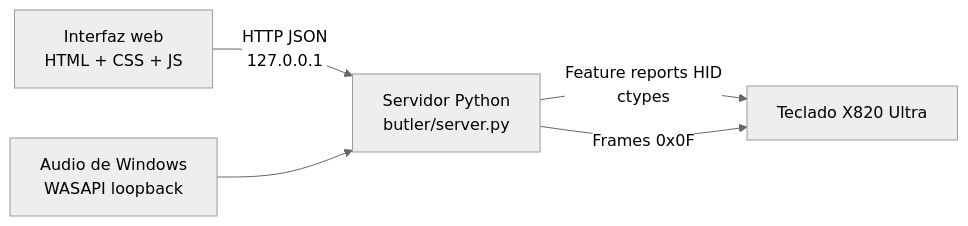
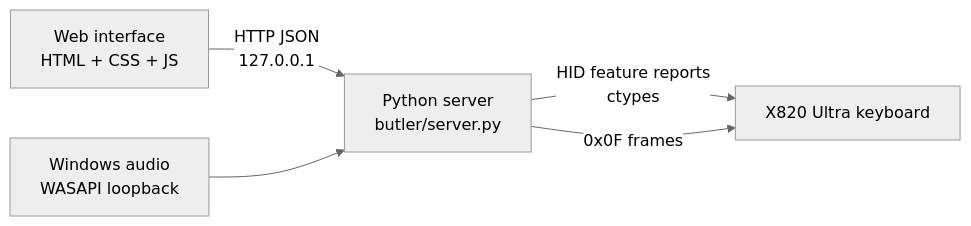
One commit to kaiizu/openkey changed the diagram in README.md. Above: the diagram before and after it, drawn with Mermaid (neutral theme). The commit also changed other lines of this file and 31 other files, not shown here.

````diff
--- a/README.md
+++ b/README.md
@@ -79,7 +83,7 @@
 ```mermaid
 flowchart LR
-    UI["Interfaz web<br/>HTML + CSS + JS"] -->|HTTP JSON<br/>127.0.0.1| Server["Servidor Python<br/>butler/server.py"]
-    Server -->|Feature reports HID<br/>ctypes| KB["Teclado X820 Ultra"]
-    Audio["Audio de Windows<br/>WASAPI loopback"] --> Server
-    Server -->|Frames 0x0F| KB
+    UI["Web interface<br/>HTML + CSS + JS"] -->|HTTP JSON<br/>127.0.0.1| Server["Python server<br/>butler/server.py"]
+    Server -->|HID feature reports<br/>ctypes| KB["X820 Ultra keyboard"]
+    Audio["Windows audio<br/>WASAPI loopback"] --> Server
+    Server -->|0x0F frames| KB
 ```
````
